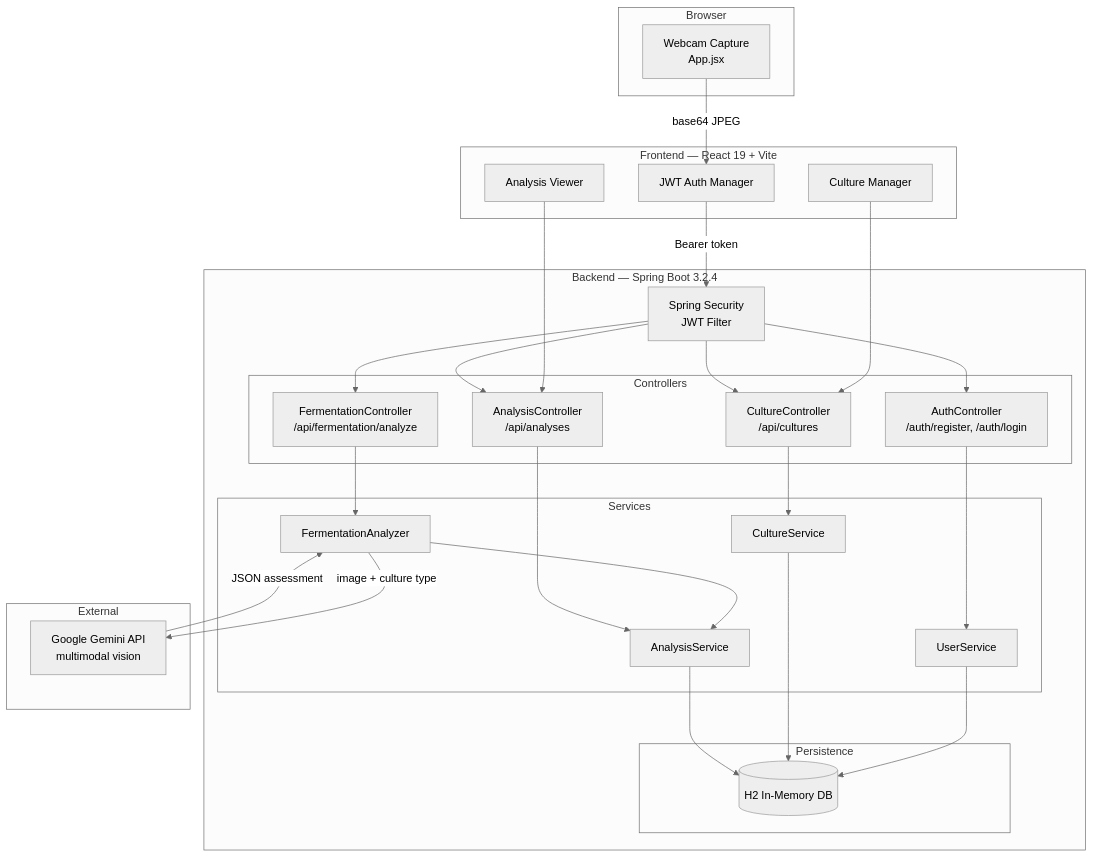
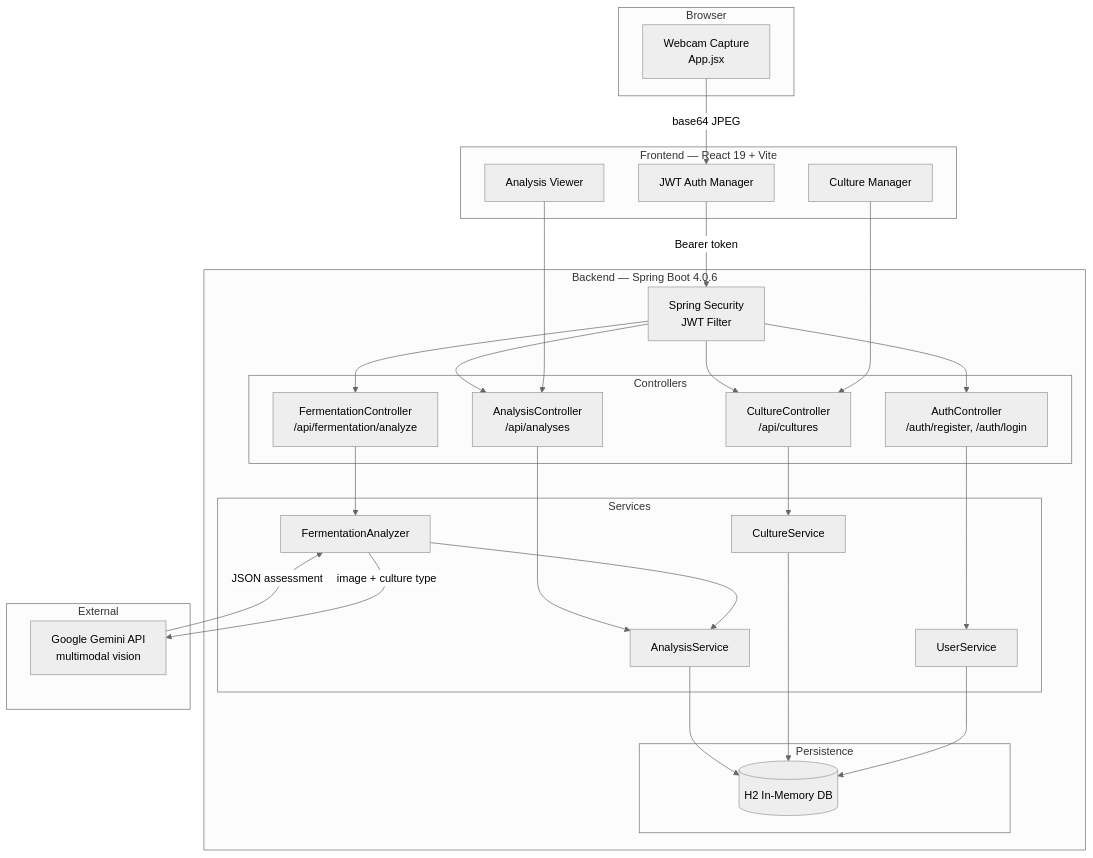
The diagram in ARCHITECTURE.md (siddhant16/bio-state-monitor), drawn with Mermaid (neutral theme) before and after one commit. The commit also changed other lines of this file, not shown here.

First line of the commit message:
docs: add missing minor versions and fix Java version in ARCHITECTURE.md

````diff
--- a/ARCHITECTURE.md
+++ b/ARCHITECTURE.md
@@ -9,54 +9,54 @@
 ```mermaid
 flowchart TD
     subgraph Browser
         A[Webcam Capture\nApp.jsx]
     end
 
     subgraph Frontend ["Frontend — React 19 + Vite"]
         B[JWT Auth Manager]
         C[Culture Manager]
         D[Analysis Viewer]
     end
 
-    subgraph Backend ["Backend — Spring Boot 3.2.4"]
+    subgraph Backend ["Backend — Spring Boot 4.0.6"]
         E[Spring Security\nJWT Filter]
 
         subgraph Controllers
             F[AuthController\n/auth/register, /auth/login]
             G[CultureController\n/api/cultures]
             H[FermentationController\n/api/fermentation/analyze]
             I[AnalysisController\n/api/analyses]
         end
 
         subgraph Services
             J[UserService]
             K[CultureService]
             L[FermentationAnalyzer]
             M[AnalysisService]
         end
 
         subgraph Persistence
             N[(H2 In-Memory DB)]
         end
     end
 
     subgraph External
         O[Google Gemini API\nmultimodal vision]
     end
 
     A -->|base64 JPEG| B
     B -->|Bearer token| E
     C --> G
     D --> I
 
     E --> F
     E --> G
     E --> H
     E --> I
 
     F --> J --> N
     G --> K --> N
     H --> L -->|image + culture type| O
     O -->|JSON assessment| L --> M --> N
     I --> M
 ```
````
